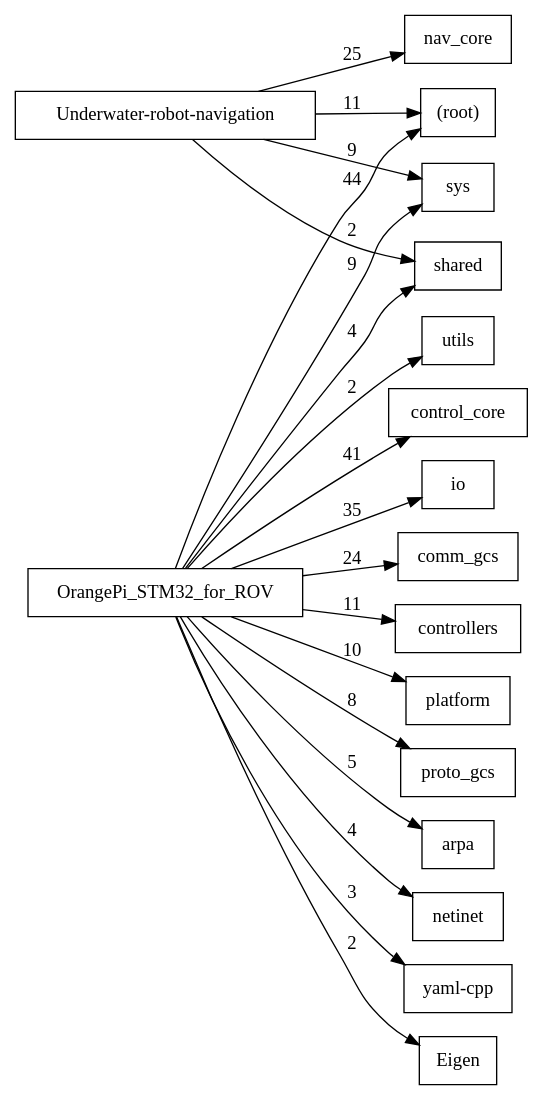
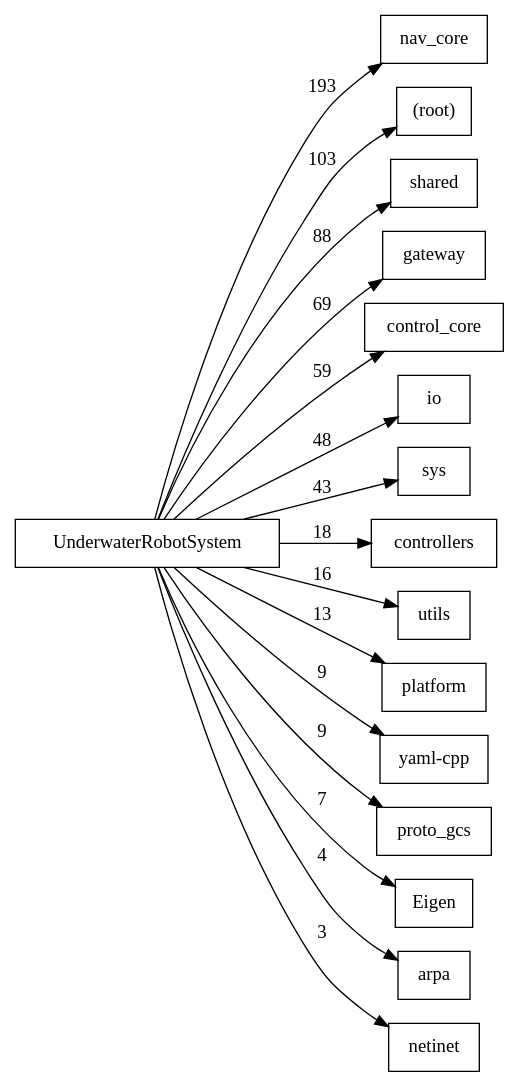
The diagram in quality/graphs/deps.dot (wyswang3/UnderwaterRobotSystem), drawn with Graphviz before and after one commit. The commit also changed 16 other files, not shown here.

```diff
--- a/quality/graphs/deps.dot
+++ b/quality/graphs/deps.dot
@@ -1,22 +1,19 @@
 digraph deps {
   rankdir=LR;
   node [shape=box];
-  "OrangePi_STM32_for_ROV" -> "(root)" [label="44"];
-  "OrangePi_STM32_for_ROV" -> "control_core" [label="41"];
-  "OrangePi_STM32_for_ROV" -> "io" [label="35"];
-  "Underwater-robot-navigation" -> "nav_core" [label="25"];
-  "OrangePi_STM32_for_ROV" -> "comm_gcs" [label="24"];
-  "OrangePi_STM32_for_ROV" -> "controllers" [label="11"];
-  "Underwater-robot-navigation" -> "(root)" [label="11"];
-  "OrangePi_STM32_for_ROV" -> "platform" [label="10"];
-  "OrangePi_STM32_for_ROV" -> "sys" [label="9"];
-  "Underwater-robot-navigation" -> "sys" [label="9"];
-  "OrangePi_STM32_for_ROV" -> "proto_gcs" [label="8"];
-  "OrangePi_STM32_for_ROV" -> "arpa" [label="5"];
-  "OrangePi_STM32_for_ROV" -> "netinet" [label="4"];
-  "OrangePi_STM32_for_ROV" -> "shared" [label="4"];
-  "OrangePi_STM32_for_ROV" -> "yaml-cpp" [label="3"];
-  "OrangePi_STM32_for_ROV" -> "Eigen" [label="2"];
-  "OrangePi_STM32_for_ROV" -> "utils" [label="2"];
-  "Underwater-robot-navigation" -> "shared" [label="2"];
+  "UnderwaterRobotSystem" -> "nav_core" [label="193"];
+  "UnderwaterRobotSystem" -> "(root)" [label="103"];
+  "UnderwaterRobotSystem" -> "shared" [label="88"];
+  "UnderwaterRobotSystem" -> "gateway" [label="69"];
+  "UnderwaterRobotSystem" -> "control_core" [label="59"];
+  "UnderwaterRobotSystem" -> "io" [label="48"];
+  "UnderwaterRobotSystem" -> "sys" [label="43"];
+  "UnderwaterRobotSystem" -> "controllers" [label="18"];
+  "UnderwaterRobotSystem" -> "utils" [label="16"];
+  "UnderwaterRobotSystem" -> "platform" [label="13"];
+  "UnderwaterRobotSystem" -> "yaml-cpp" [label="9"];
+  "UnderwaterRobotSystem" -> "proto_gcs" [label="9"];
+  "UnderwaterRobotSystem" -> "Eigen" [label="7"];
+  "UnderwaterRobotSystem" -> "arpa" [label="4"];
+  "UnderwaterRobotSystem" -> "netinet" [label="3"];
 }
```
